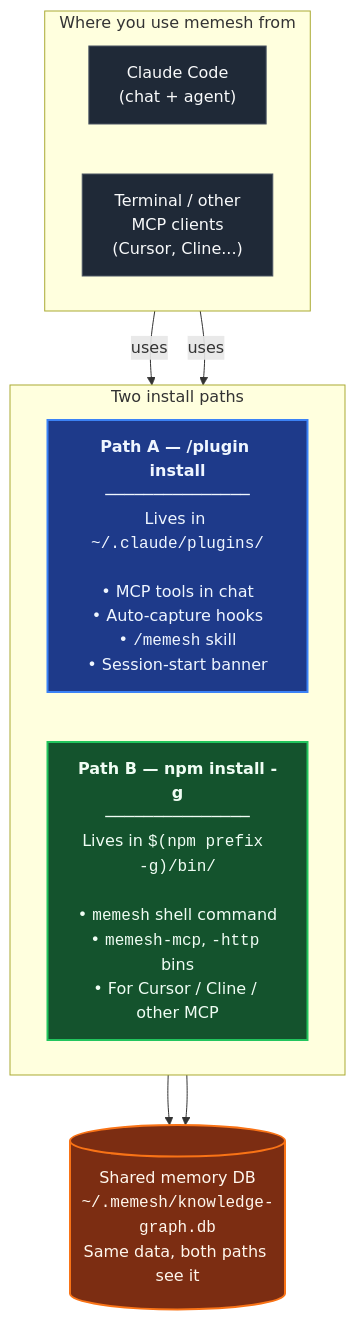
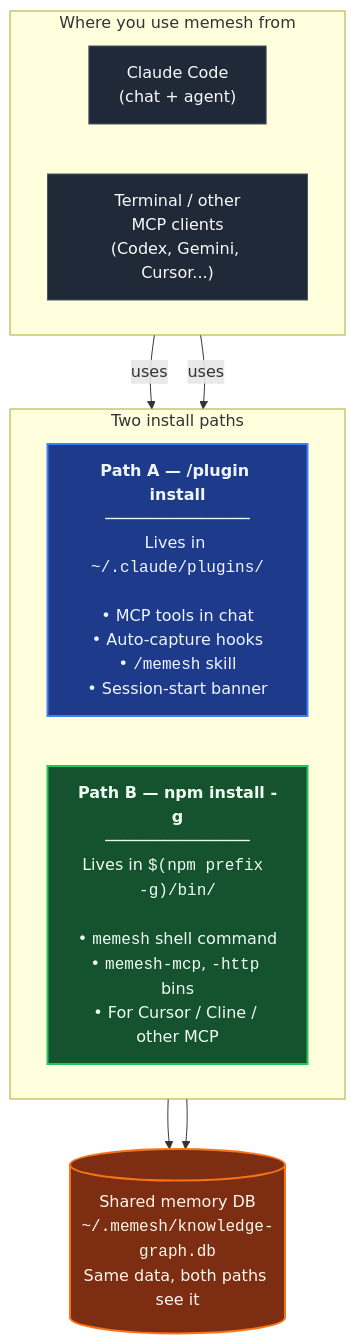
Before and after one commit to PCIRCLE-AI/claude-code-buddy: the diagram in README.de.md, drawn with Mermaid. The commit also changed other lines of this file and 5 other files, not shown here.

````diff
--- a/README.de.md
+++ b/README.de.md
@@ -58,26 +58,26 @@
 ```mermaid
 flowchart TB
     classDef client fill:#1f2937,stroke:#4b5563,color:#f9fafb,stroke-width:1px
     classDef pathA  fill:#1e3a8a,stroke:#3b82f6,color:#eff6ff,stroke-width:2px
     classDef pathB  fill:#14532d,stroke:#22c55e,color:#f0fdf4,stroke-width:2px
     classDef db     fill:#7c2d12,stroke:#f97316,color:#fff7ed,stroke-width:2px
 
     subgraph clients["Where you use memesh from"]
       direction LR
       CC["Claude Code<br/>(chat + agent)"]:::client
-      TERM["Terminal / other<br/>MCP clients<br/>(Cursor, Cline...)"]:::client
+      TERM["Terminal / other<br/>MCP clients<br/>(Codex, Gemini, Cursor...)"]:::client
     end
 
     subgraph paths["Two install paths"]
       direction LR
       A["<b>Path A — /plugin install</b><br/>───────────────<br/>Lives in <code>~/.claude/plugins/</code><br/><br/>• MCP tools in chat<br/>• Auto-capture hooks<br/>• <code>/memesh</code> skill<br/>• Session-start banner"]:::pathA
       B["<b>Path B — npm install -g</b><br/>───────────────<br/>Lives in <code>$(npm prefix -g)/bin/</code><br/><br/>• <code>memesh</code> shell command<br/>• <code>memesh-mcp</code>, <code>-http</code> bins<br/>• For Cursor / Cline / other MCP"]:::pathB
     end
 
     DB[("Shared memory DB<br/><code>~/.memesh/knowledge-graph.db</code><br/>Same data, both paths see it")]:::db
 
     CC -->|uses| A
     TERM -->|uses| B
     A --> DB
     B --> DB
 ```
````
